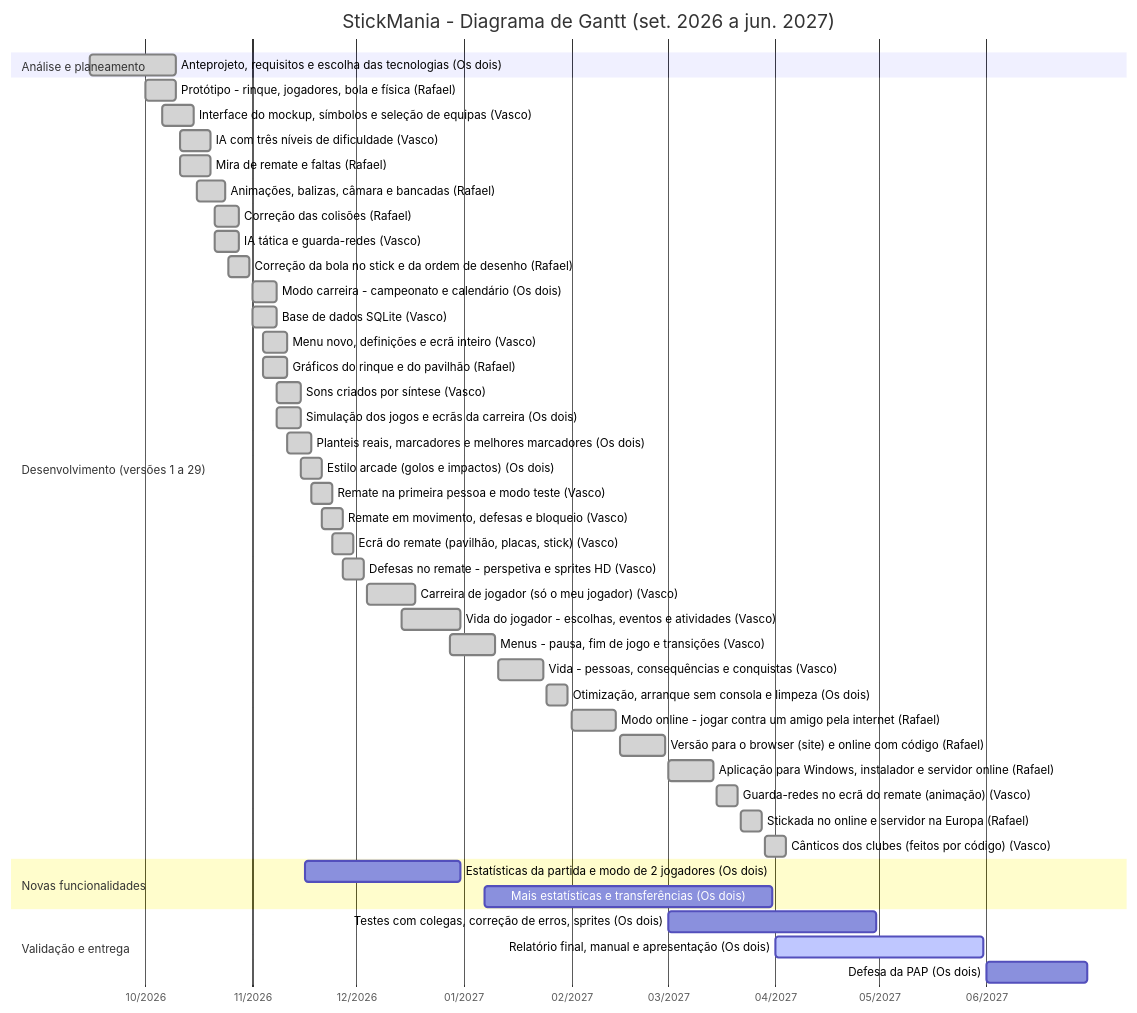
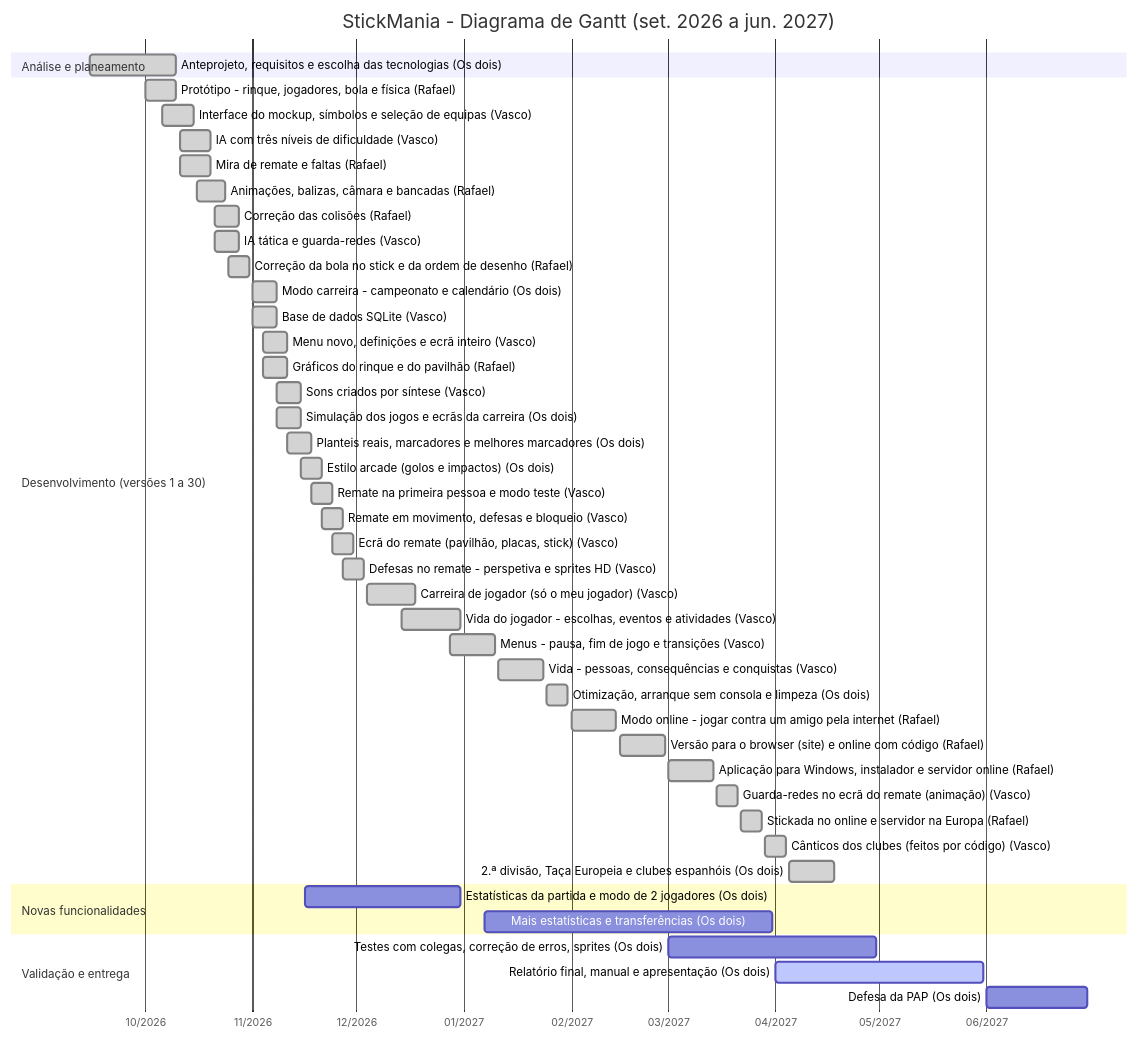
The diagram in docs/GANTT.md (RafaelSilveira23/Stickmaniapap), drawn with Mermaid before and after one commit. The commit also changed other lines of this file and 22 other files, not shown here.

````diff
--- a/docs/GANTT.md
+++ b/docs/GANTT.md
@@ -13,49 +13,50 @@
 ```mermaid
 gantt
     title StickMania - Diagrama de Gantt (set. 2026 a jun. 2027)
     dateFormat YYYY-MM-DD
     axisFormat %m/%Y
     tickInterval 1month
     todayMarker off
     section Análise e planeamento
     Anteprojeto, requisitos e escolha das tecnologias (Os dois) :done, t1, 2026-09-15, 2026-10-10
-    section Desenvolvimento (versões 1 a 29)
+    section Desenvolvimento (versões 1 a 30)
     Protótipo - rinque, jogadores, bola e física (Rafael) :done, t2, 2026-10-01, 2026-10-10
     Interface do mockup, símbolos e seleção de equipas (Vasco) :done, t3, 2026-10-06, 2026-10-15
     IA com três níveis de dificuldade (Vasco) :done, t4, 2026-10-11, 2026-10-20
     Mira de remate e faltas (Rafael) :done, t5, 2026-10-11, 2026-10-20
     Animações, balizas, câmara e bancadas (Rafael) :done, t6, 2026-10-16, 2026-10-24
     Correção das colisões (Rafael) :done, t7, 2026-10-21, 2026-10-28
     IA tática e guarda-redes (Vasco) :done, t8, 2026-10-21, 2026-10-28
     Correção da bola no stick e da ordem de desenho (Rafael) :done, t9, 2026-10-25, 2026-10-31
     Modo carreira - campeonato e calendário (Os dois) :done, t10, 2026-11-01, 2026-11-08
     Base de dados SQLite (Vasco) :done, t11, 2026-11-01, 2026-11-08
     Menu novo, definições e ecrã inteiro (Vasco) :done, t12, 2026-11-04, 2026-11-11
     Gráficos do rinque e do pavilhão (Rafael) :done, t13, 2026-11-04, 2026-11-11
     Sons criados por síntese (Vasco) :done, t14, 2026-11-08, 2026-11-15
     Simulação dos jogos e ecrãs da carreira (Os dois) :done, t15, 2026-11-08, 2026-11-15
     Planteis reais, marcadores e melhores marcadores (Os dois) :done, t16, 2026-11-11, 2026-11-18
     Estilo arcade (golos e impactos) (Os dois) :done, t17, 2026-11-15, 2026-11-21
     Remate na primeira pessoa e modo teste (Vasco) :done, t18, 2026-11-18, 2026-11-24
     Remate em movimento, defesas e bloqueio (Vasco) :done, t19, 2026-11-21, 2026-11-27
     Ecrã do remate (pavilhão, placas, stick) (Vasco) :done, t20, 2026-11-24, 2026-11-30
     Defesas no remate - perspetiva e sprites HD (Vasco) :done, t21, 2026-11-27, 2026-12-03
     Carreira de jogador (só o meu jogador) (Vasco) :done, t22, 2026-12-04, 2026-12-18
     Vida do jogador - escolhas, eventos e atividades (Vasco) :done, t23, 2026-12-14, 2026-12-31
     Menus - pausa, fim de jogo e transições (Vasco) :done, t24, 2026-12-28, 2027-01-10
     Vida - pessoas, consequências e conquistas (Vasco) :done, t25, 2027-01-11, 2027-01-24
     Otimização, arranque sem consola e limpeza (Os dois) :done, t26, 2027-01-25, 2027-01-31
     Modo online - jogar contra um amigo pela internet (Rafael) :done, t27, 2027-02-01, 2027-02-14
     Versão para o browser (site) e online com código (Rafael) :done, t28, 2027-02-15, 2027-02-28
     Aplicação para Windows, instalador e servidor online (Rafael) :done, t29, 2027-03-01, 2027-03-14
     Guarda-redes no ecrã do remate (animação) (Vasco) :done, t30, 2027-03-15, 2027-03-21
     Stickada no online e servidor na Europa (Rafael) :done, t31, 2027-03-22, 2027-03-28
     Cânticos dos clubes (feitos por código) (Vasco) :done, t32, 2027-03-29, 2027-04-04
+    2.ª divisão, Taça Europeia e clubes espanhóis (Os dois) :done, t33, 2027-04-05, 2027-04-18
     section Novas funcionalidades
-    Estatísticas da partida e modo de 2 jogadores (Os dois) :t33, 2026-11-16, 2026-12-31
-    Mais estatísticas e transferências (Os dois) :t34, 2027-01-07, 2027-03-31
+    Estatísticas da partida e modo de 2 jogadores (Os dois) :t34, 2026-11-16, 2026-12-31
+    Mais estatísticas e transferências (Os dois) :t35, 2027-01-07, 2027-03-31
     section Validação e entrega
-    Testes com colegas, correção de erros, sprites (Os dois) :t35, 2027-03-01, 2027-04-30
-    Relatório final, manual e apresentação (Os dois) :active, t36, 2027-04-01, 2027-05-31
-    Defesa da PAP (Os dois) :t37, 2027-06-01, 2027-06-30
+    Testes com colegas, correção de erros, sprites (Os dois) :t36, 2027-03-01, 2027-04-30
+    Relatório final, manual e apresentação (Os dois) :active, t37, 2027-04-01, 2027-05-31
+    Defesa da PAP (Os dois) :t38, 2027-06-01, 2027-06-30
 ```
````
